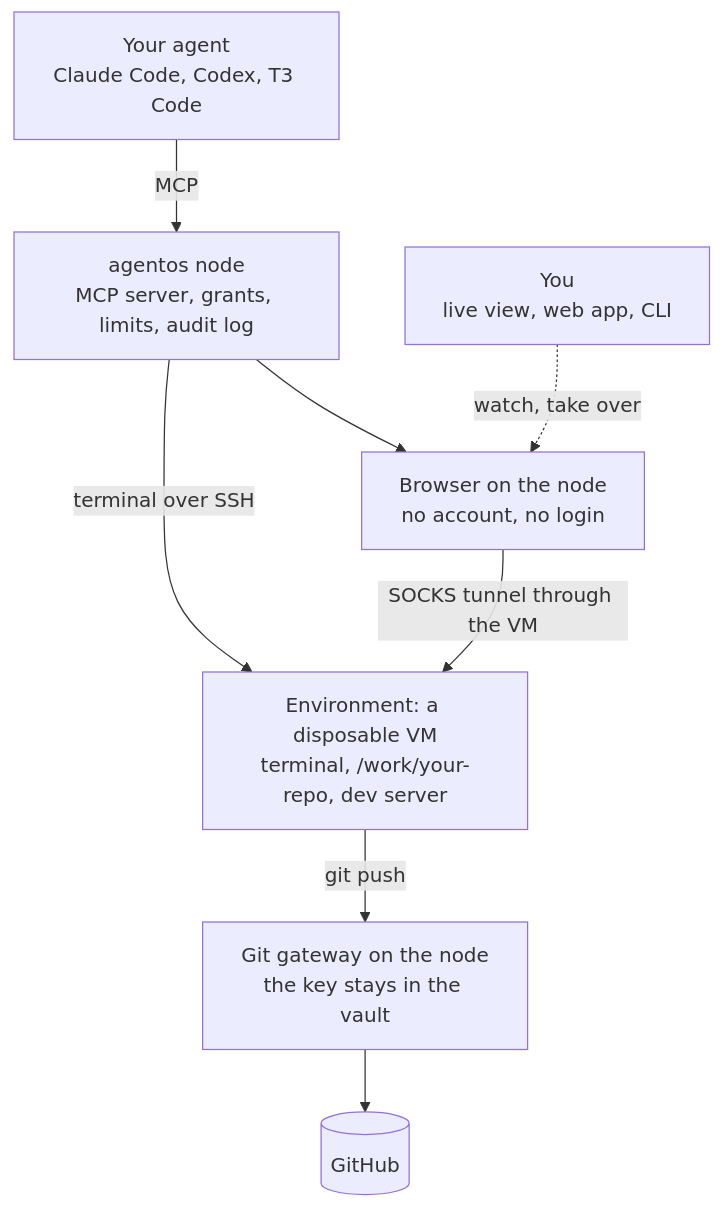
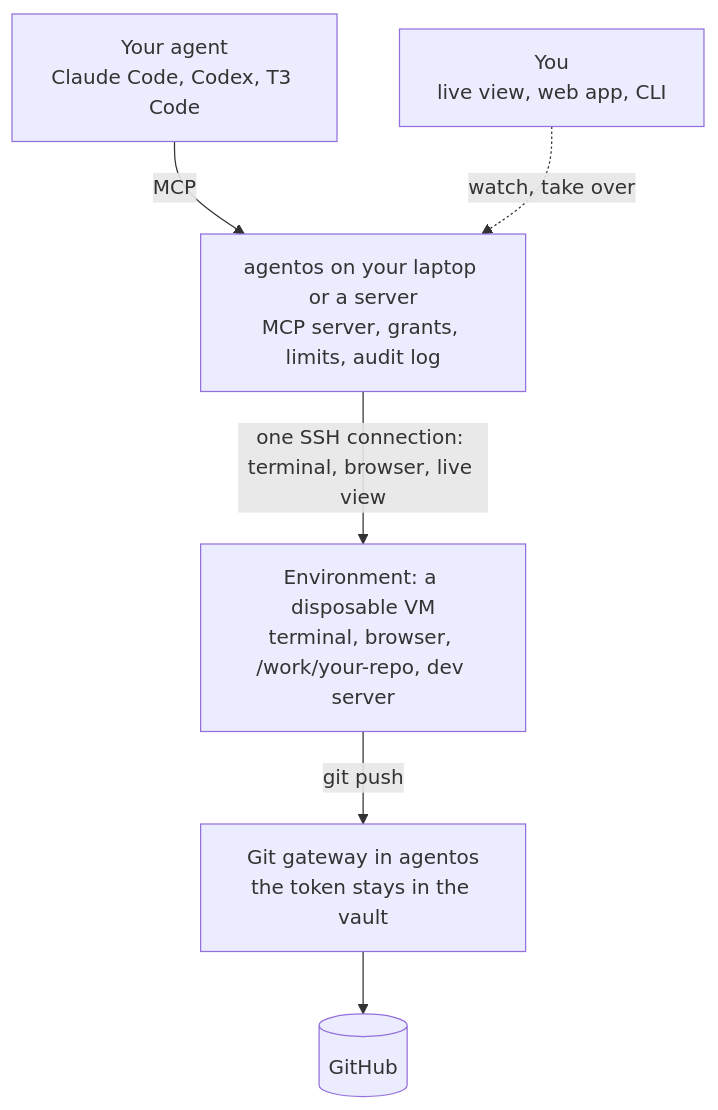
Before and after one commit to sabalys-ramunas/agentos: the diagram in README.md, drawn with Mermaid. The commit also changed other lines of this file and 97 other files, not shown here.

````diff
--- a/README.md
+++ b/README.md
@@ -37,18 +37,15 @@
 ```mermaid
 flowchart TB
     agent["Your agent<br/>Claude Code, Codex, T3 Code"]
     you["You<br/>live view, web app, CLI"]
-    mcp["agentos node<br/>MCP server, grants, limits, audit log"]
-    browser["Browser on the node<br/>no account, no login"]
-    vm["Environment: a disposable VM<br/>terminal, /work/your-repo, dev server"]
-    gateway["Git gateway on the node<br/>the key stays in the vault"]
+    mcp["agentos on your laptop or a server<br/>MCP server, grants, limits, audit log"]
+    vm["Environment: a disposable VM<br/>terminal, browser, /work/your-repo, dev server"]
+    gateway["Git gateway in agentos<br/>the token stays in the vault"]
     github[("GitHub")]
 
     agent -- "MCP" --> mcp
-    mcp -- "terminal over SSH" --> vm
-    mcp --> browser
-    you -. "watch, take over" .-> browser
-    browser -- "SOCKS tunnel through the VM" --> vm
+    mcp -- "one SSH connection: terminal, browser, live view" --> vm
+    you -. "watch, take over" .-> mcp
     vm -- "git push" --> gateway
     gateway --> github
 ```
````
